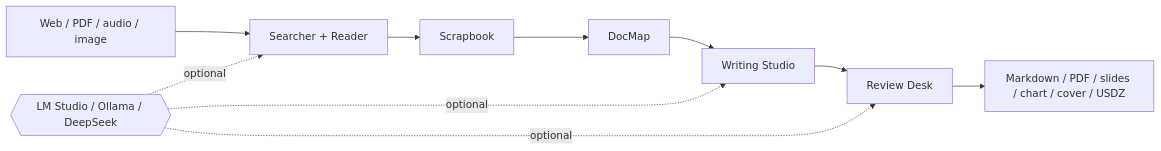
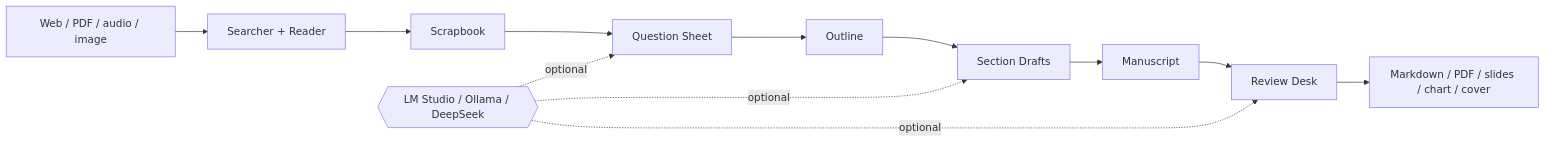
Before and after one commit to surfine/AI-System-6: the diagram in README.md, drawn with Mermaid. The commit also changed other lines of this file and 203 other files, not shown here.

````diff
--- a/README.md
+++ b/README.md
@@ -200,12 +132,14 @@
 ```mermaid
 flowchart LR
     A["Web / PDF / audio / image"] --> B["Searcher + Reader"]
     B --> C["Scrapbook"]
-    C --> D["DocMap"]
-    D --> E["Writing Studio"]
-    E --> F["Review Desk"]
-    F --> G["Markdown / PDF / slides / chart / cover / USDZ"]
-    M{{"LM Studio / Ollama / DeepSeek"}} -. "optional" .-> B
-    M -. "optional" .-> E
+    C --> D["Question Sheet"]
+    D --> E["Outline"]
+    E --> F["Section Drafts"]
+    F --> G["Manuscript"]
+    G --> H["Review Desk"]
+    H --> I["Markdown / PDF / slides / chart / cover"]
+    M{{"LM Studio / Ollama / DeepSeek"}} -. "optional" .-> D
     M -. "optional" .-> F
+    M -. "optional" .-> H
 ```
````
